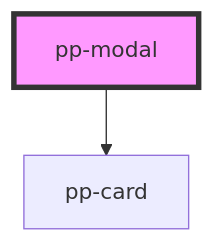
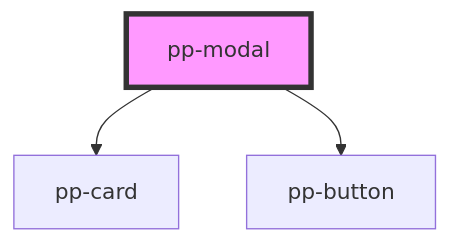
The diagram in src/components/pp-modal/readme.md (PomeloPay/pomelo-web-ui), drawn with Mermaid before and after one commit. The commit also changed other lines of this file and 2 other files, not shown here.

Commit message:
update btn

````diff
--- a/src/components/pp-modal/readme.md
+++ b/src/components/pp-modal/readme.md
@@ -38,5 +39,6 @@
 ```mermaid
 graph TD;
   pp-modal --> pp-card
+  pp-modal --> pp-button
   style pp-modal fill:#f9f,stroke:#333,stroke-width:4px
 ```
````
